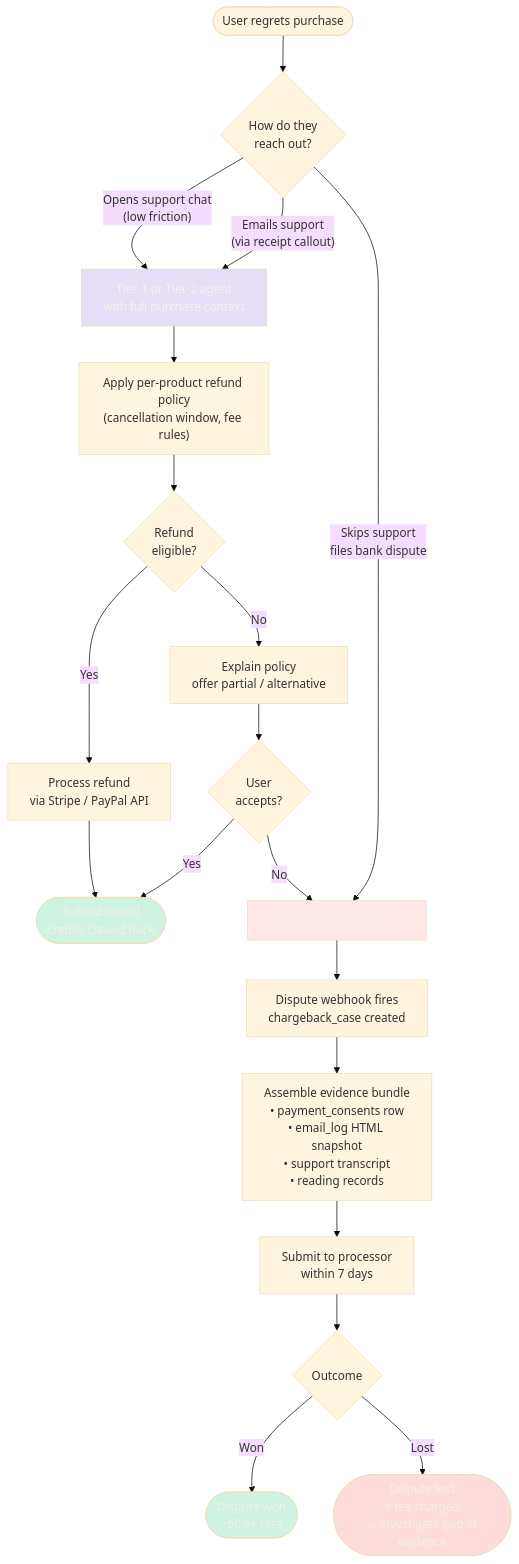
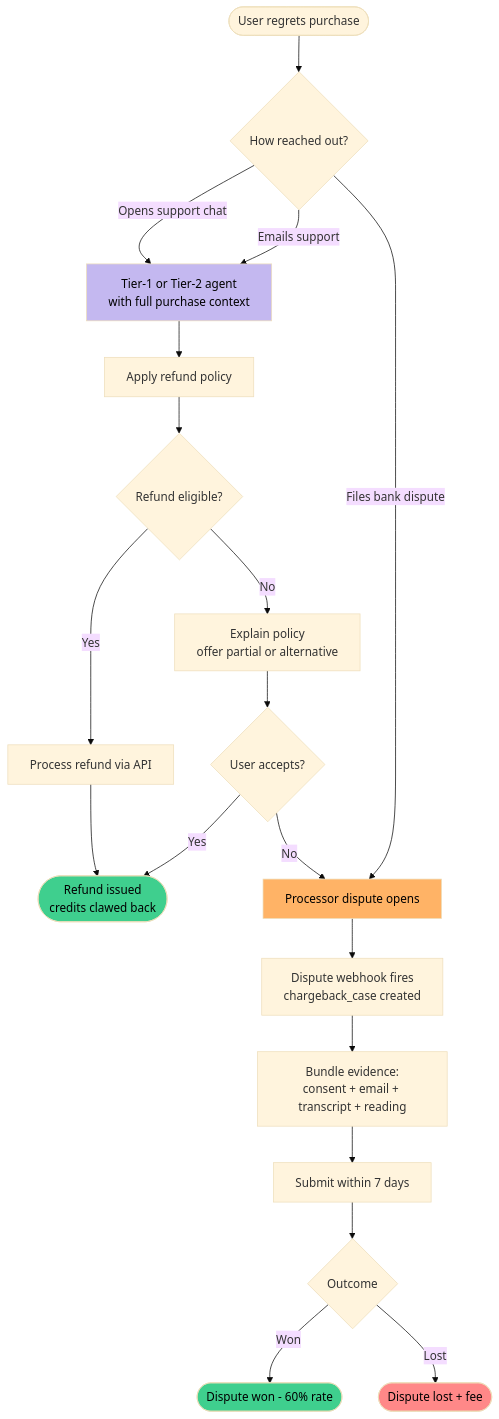
The third of 4 diagrams in docs/08-user-flows.md (omkarjaliparthi/insights-by-omkar-case-study), drawn with Mermaid (base theme) before and after one commit. The commit also changed other lines of this file and 5 other files, not shown here.

Commit message:
fix: simplify mermaid syntax for GitHub renderer compatibility — remove 8-digit hex, subgraph labels, parens in gantt names

````diff
--- a/docs/08-user-flows.md
+++ b/docs/08-user-flows.md
@@ -99,30 +99,30 @@
 ```mermaid
 flowchart TD
-    Unhappy([User regrets purchase]) --> Channel{How do they<br/>reach out?}
+    Unhappy([User regrets purchase]) --> Channel{How reached out?}
 
-    Channel -- "Opens support chat<br/>(low friction)" --> Support["Tier-1 or Tier-2 agent<br/>with full purchase context"]
-    Support --> Policy["Apply per-product refund policy<br/>(cancellation window, fee rules)"]
-    Policy --> Eligible{Refund<br/>eligible?}
-    Eligible -- Yes --> Refund["Process refund<br/>via Stripe / PayPal API"]
-    Refund --> Resolved([Refund issued<br/>credits clawed back])
-    Eligible -- No --> Explain["Explain policy<br/>offer partial / alternative"]
-    Explain --> UserAccepts{User<br/>accepts?}
+    Channel -- Opens support chat --> Support[Tier-1 or Tier-2 agent<br>with full purchase context]
+    Channel -- Emails support --> Support
+    Channel -- Files bank dispute --> FileDispute[Processor dispute opens]
+
+    Support --> Policy[Apply refund policy]
+    Policy --> Eligible{Refund eligible?}
+    Eligible -- Yes --> Refund[Process refund via API]
+    Refund --> Resolved([Refund issued<br>credits clawed back])
+    Eligible -- No --> Explain[Explain policy<br>offer partial or alternative]
+    Explain --> UserAccepts{User accepts?}
     UserAccepts -- Yes --> Resolved
     UserAccepts -- No --> FileDispute
 
-    Channel -- "Emails support<br/>(via receipt callout)" --> Support
+    FileDispute --> Webhook[Dispute webhook fires<br>chargeback_case created]
+    Webhook --> Evidence[Bundle evidence:<br>consent + email + transcript + reading]
+    Evidence --> Submit[Submit within 7 days]
+    Submit --> Outcome{Outcome}
+    Outcome -- Won --> Won([Dispute won - 60% rate])
+    Outcome -- Lost --> Lost([Dispute lost + fee])
 
-    Channel -- "Skips support<br/>files bank dispute" --> FileDispute["Processor dispute opens"]
-    FileDispute --> Webhook["Dispute webhook fires<br/>chargeback_case created"]
-    Webhook --> Evidence["Assemble evidence bundle<br/>• payment_consents row<br/>• email_log HTML snapshot<br/>• support transcript<br/>• reading records"]
-    Evidence --> Submit["Submit to processor<br/>within 7 days"]
-    Submit --> Outcome{Outcome}
-    Outcome -- Won --> Won([Dispute won<br/>~60%+ rate])
-    Outcome -- Lost --> Lost([Dispute lost<br/>+ fee charged<br/>→ investigate gap in evidence])
-
-    style Resolved fill:#3FCF8E40,color:#F5F0E6
-    style Won fill:#3FCF8E40,color:#F5F0E6
-    style Lost fill:#FF444430,color:#F5F0E6
-    style FileDispute fill:#FF444420,color:#F5F0E6
-    style Support fill:#6E56CF30,color:#F5F0E6
+    style Resolved fill:#3FCF8E,color:#000
+    style Won fill:#3FCF8E,color:#000
+    style Lost fill:#FF8888,color:#000
+    style FileDispute fill:#FFB366,color:#000
+    style Support fill:#C4B8F0,color:#000
 ```
````
